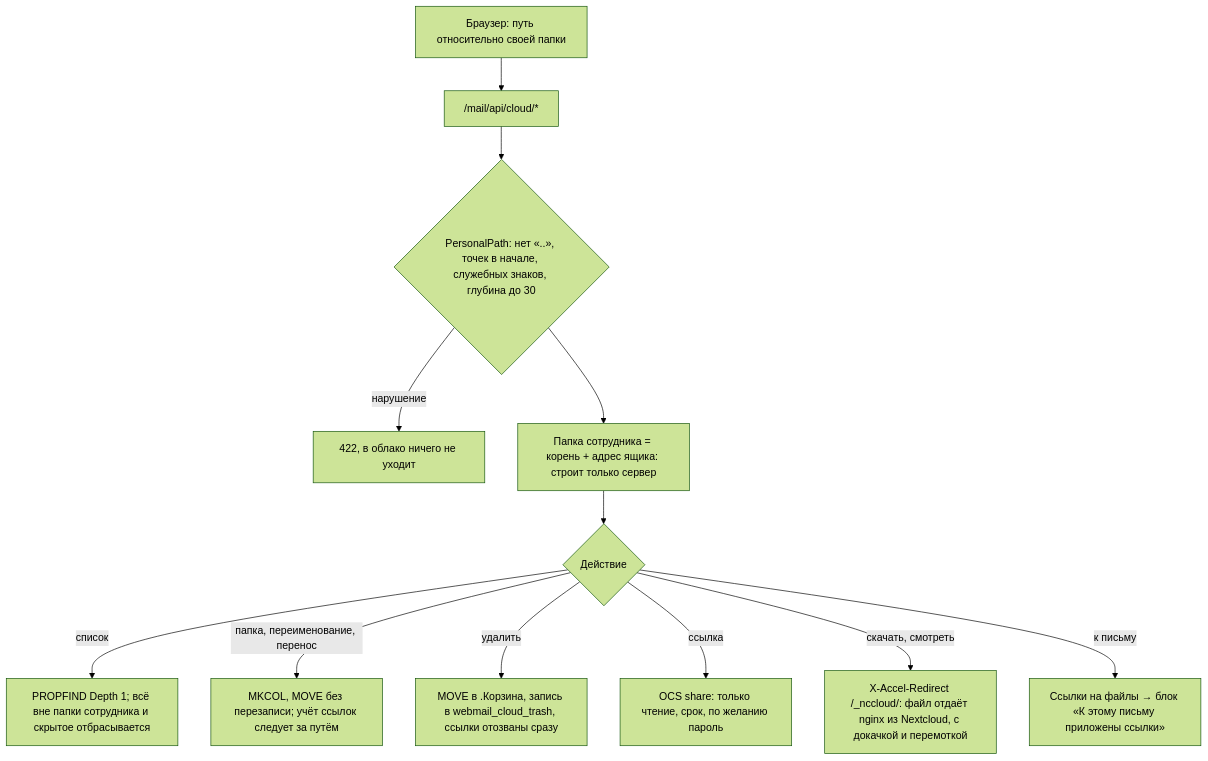
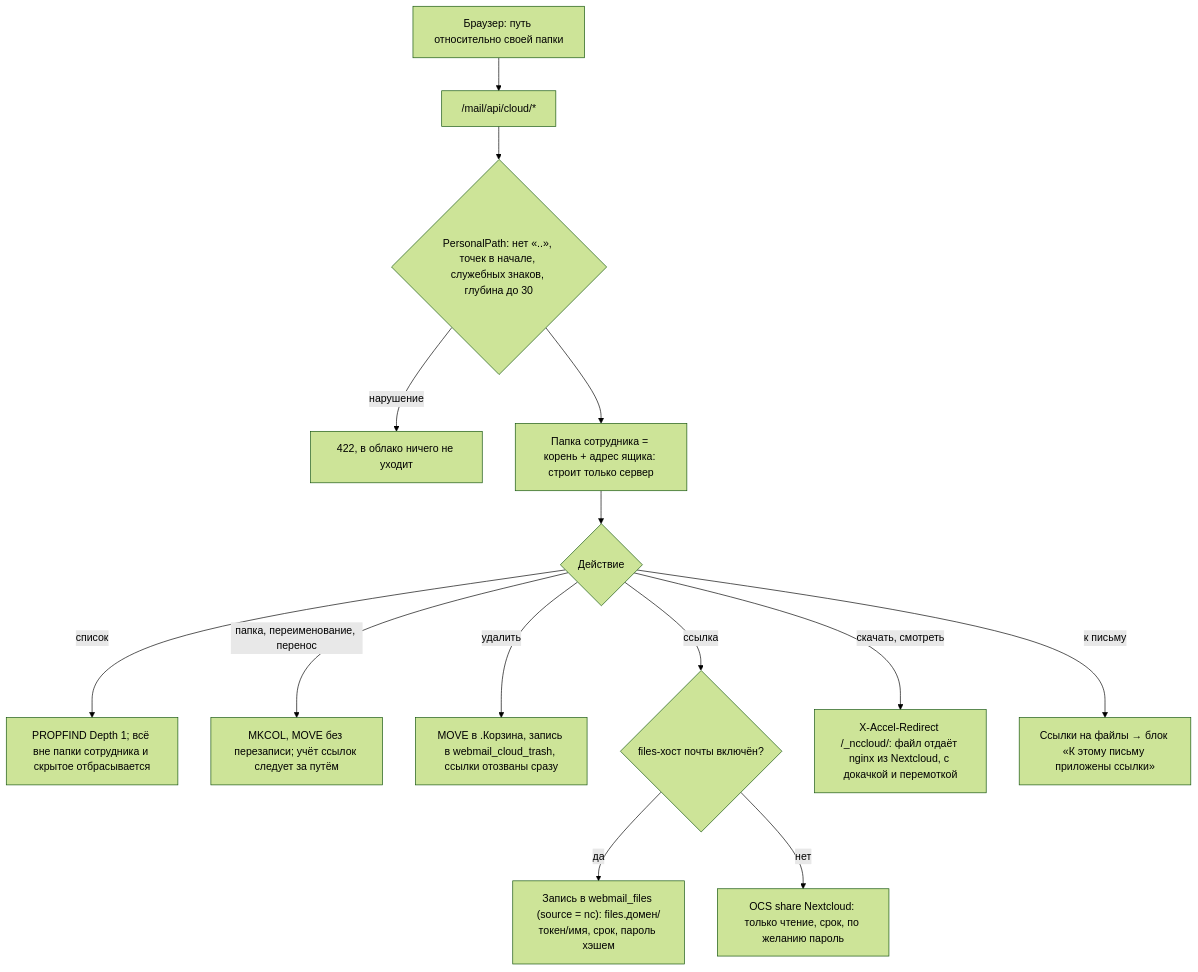
The first of 3 diagrams in docs/processes/personal-cloud.md (crowartie/mailadmin), drawn with Mermaid (forest theme) before and after one commit. The commit also changed other lines of this file and 19 other files, not shown here.

First line of the commit message:
Облако: ссылки на файлы через files-хост почты, скачивание по щелчку

````diff
--- a/docs/processes/personal-cloud.md
+++ b/docs/processes/personal-cloud.md
@@ -8,14 +8,16 @@
 ```mermaid
 flowchart TD
     B["Браузер: путь относительно своей папки"] --> API["/mail/api/cloud/*"]
     API --> PP{"PersonalPath: нет «..», точек в начале, служебных знаков, глубина до 30"}
     PP -->|нарушение| E422["422, в облако ничего не уходит"]
     PP --> HOME["Папка сотрудника = корень + адрес ящика: строит только сервер"]
     HOME --> OP{"Действие"}
     OP -->|список| PF["PROPFIND Depth 1; всё вне папки сотрудника и скрытое отбрасывается"]
     OP -->|папка, переименование, перенос| MK["MKCOL, MOVE без перезаписи; учёт ссылок следует за путём"]
     OP -->|удалить| TR["MOVE в .Корзина, запись в webmail_cloud_trash, ссылки отозваны сразу"]
-    OP -->|ссылка| SH["OCS share: только чтение, срок, по желанию пароль"]
+    OP -->|ссылка| HOST{"files-хост почты включён?"}
+    HOST -->|да| FL["Запись в webmail_files (source = nc): files.домен/токен/имя, срок, пароль хэшем"]
+    HOST -->|нет| SH["OCS share Nextcloud: только чтение, срок, по желанию пароль"]
     OP -->|скачать, смотреть| XA["X-Accel-Redirect /_nccloud/: файл отдаёт nginx из Nextcloud, с докачкой и перемоткой"]
     OP -->|к письму| AT["Ссылки на файлы → блок «К этому письму приложены ссылки»"]
 ```
````
